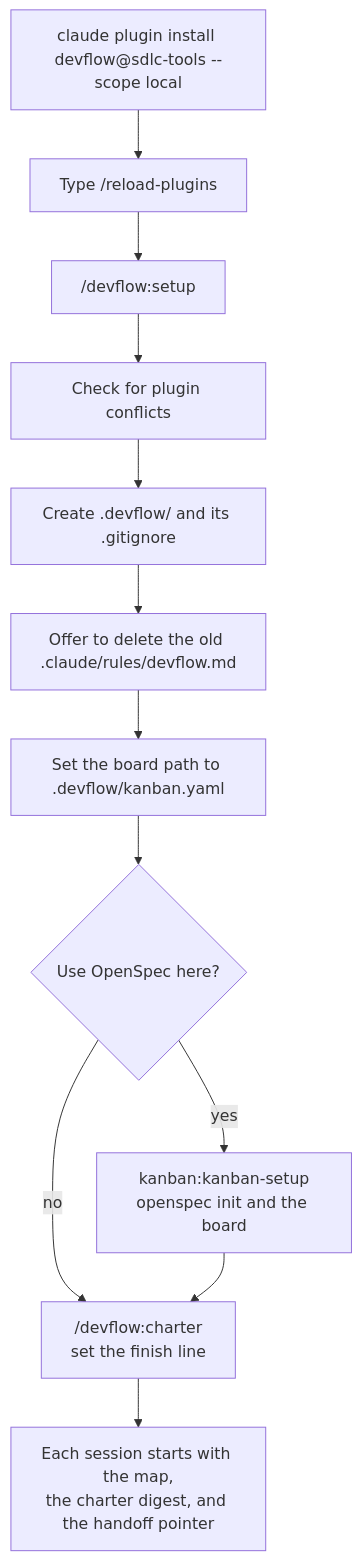
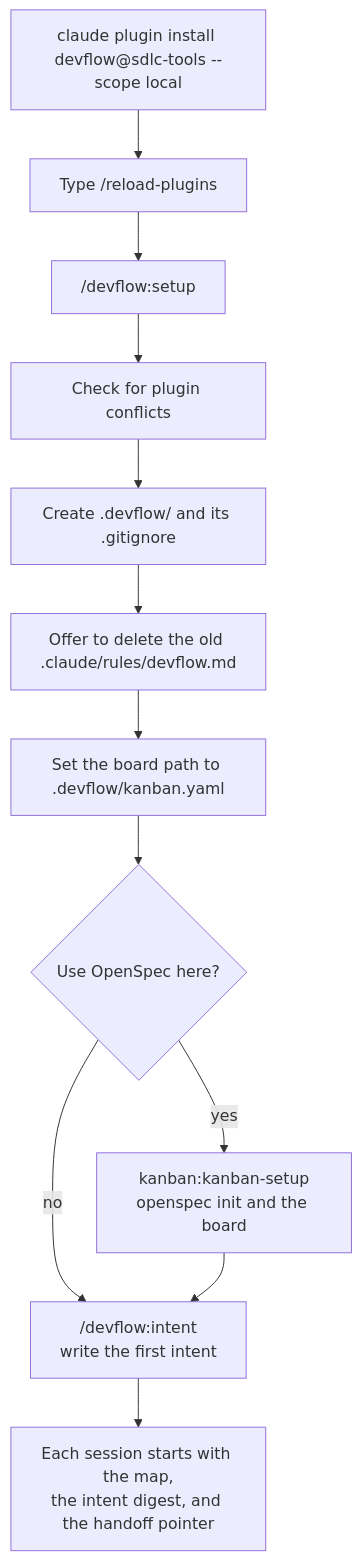
One commit to sdevikar/sdlc-tools changed the second of 11 diagrams in devflow/README.md. Above: the diagram before and after it, drawn with Mermaid. The commit also changed other lines of this file and 13 other files, not shown here.

First line of the commit message:
feat(devflow): replace the charter with the playbook's intent.md

````diff
--- a/devflow/README.md
+++ b/devflow/README.md
@@ -54,14 +54,14 @@
 ```mermaid
 flowchart TD
     A["claude plugin install devflow@sdlc-tools --scope local"] --> B["Type /reload-plugins"]
     B --> C["/devflow:setup"]
     C --> C1["Check for plugin conflicts"]
     C1 --> C2["Create .devflow/ and its .gitignore"]
     C2 --> C3["Offer to delete the old .claude/rules/devflow.md"]
     C3 --> C4["Set the board path to .devflow/kanban.yaml"]
     C4 --> Q{"Use OpenSpec here?"}
     Q -- yes --> K["kanban:kanban-setup<br/>openspec init and the board"]
     Q -- no --> D
-    K --> D["/devflow:charter<br/>set the finish line"]
-    D --> E["Each session starts with the map,<br/>the charter digest, and the handoff pointer"]
+    K --> D["/devflow:intent<br/>write the first intent"]
+    D --> E["Each session starts with the map,<br/>the intent digest, and the handoff pointer"]
 ```
````
